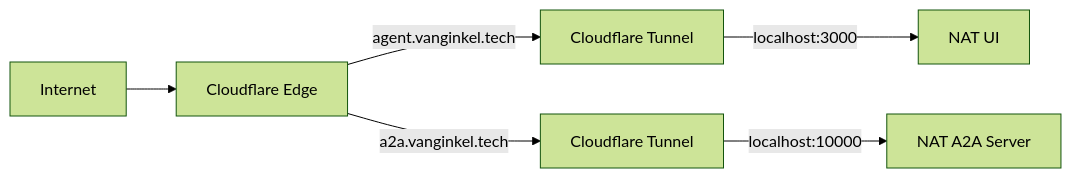
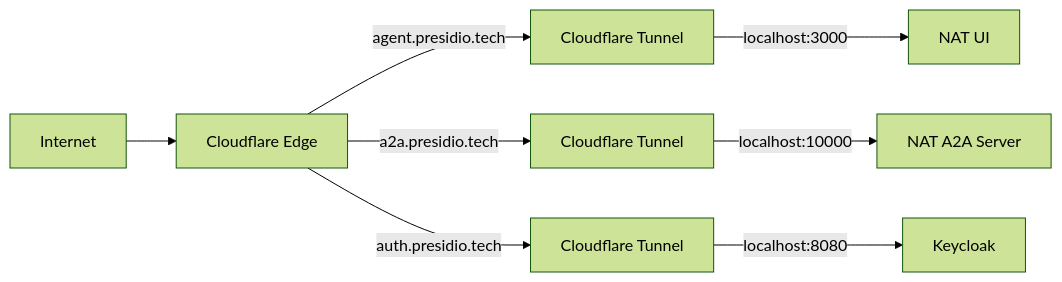
Before and after one commit to Presidio-Federal/nvidia-a2a-agent: the fourth of 5 diagrams in README.md, drawn with Mermaid (forest theme). The commit also changed other lines of this file, not shown here.

````diff
--- a/README.md
+++ b/README.md
@@ -176,8 +176,10 @@
 ```mermaid
 flowchart LR
     Internet["Internet"] --> CF["Cloudflare Edge"]
-    CF -->|"agent.vanginkel.tech"| Tunnel1["Cloudflare Tunnel"]
-    CF -->|"a2a.vanginkel.tech"| Tunnel2["Cloudflare Tunnel"]
+    CF -->|"agent.presidio.tech"| Tunnel1["Cloudflare Tunnel"]
+    CF -->|"a2a.presidio.tech"| Tunnel2["Cloudflare Tunnel"]
+    CF -->|"auth.presidio.tech"| Tunnel3["Cloudflare Tunnel"]
     Tunnel1 -->|"localhost:3000"| NATUI["NAT UI"]
     Tunnel2 -->|"localhost:10000"| A2A["NAT A2A Server"]
+    Tunnel3 -->|"localhost:8080"| KC["Keycloak"]
 ```
````
